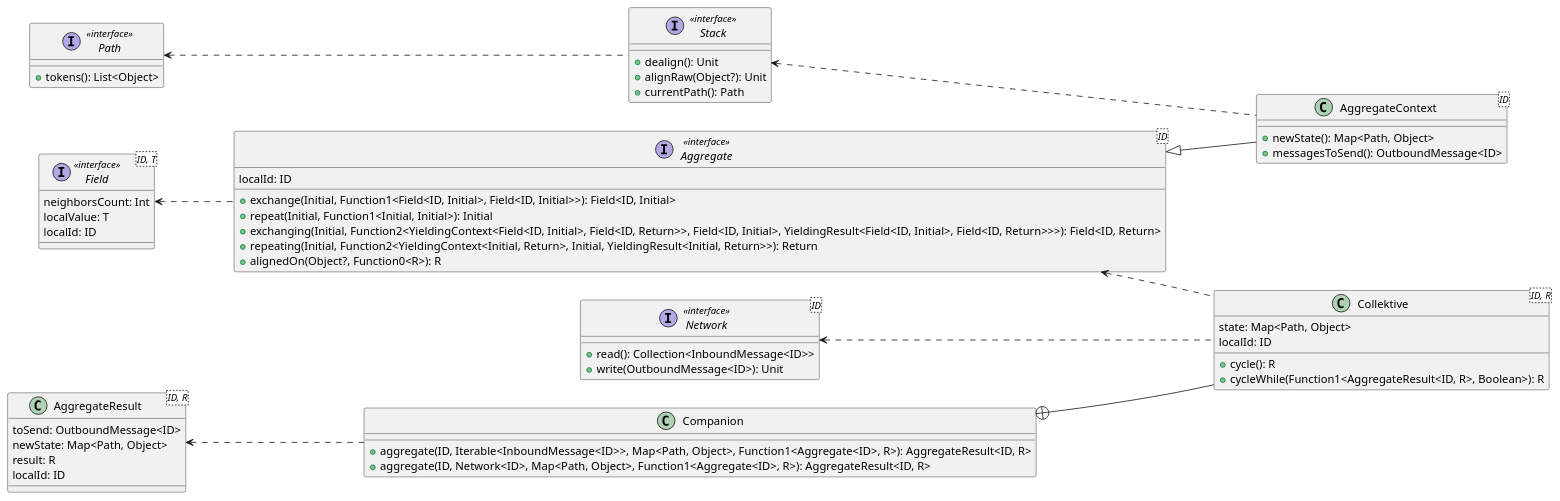
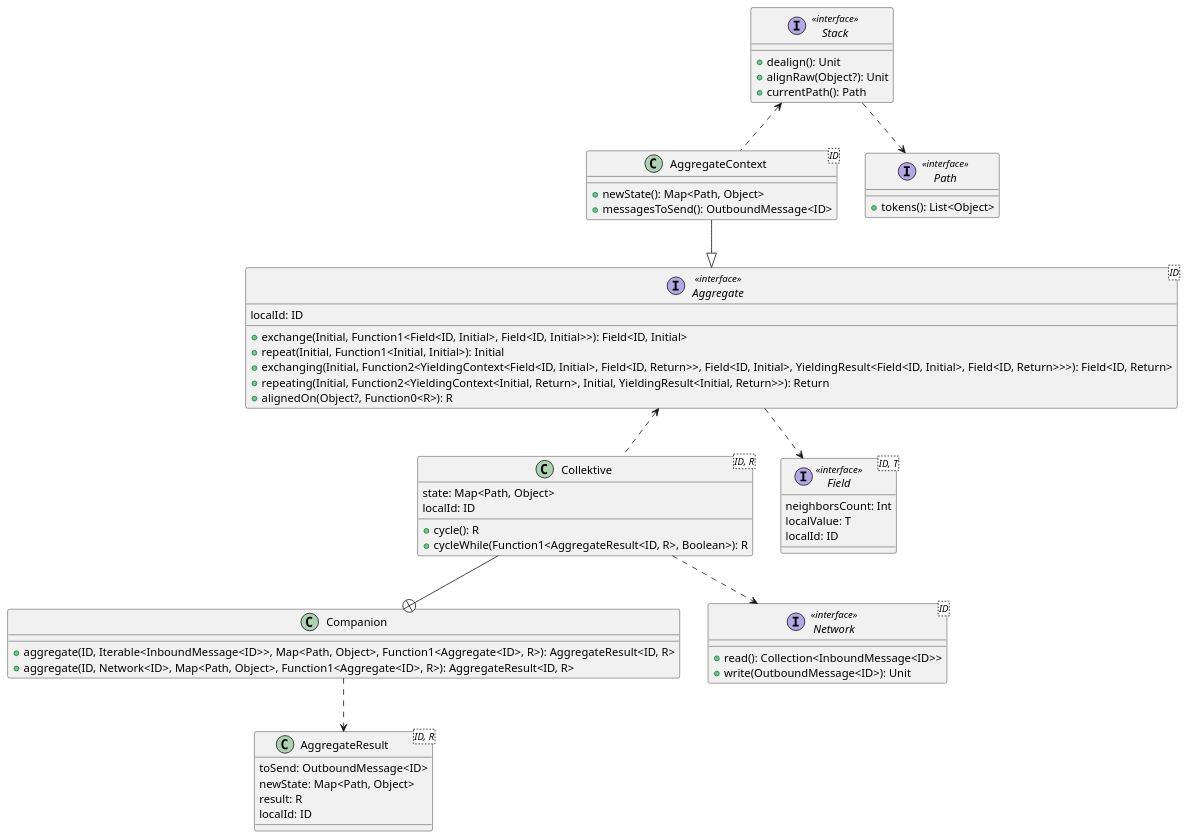
Before and after one commit to FilippoVissani/master-thesis: the diagram in diagrams/collektive-design.puml, drawn with PlantUML. The commit also changed 4 other files, not shown here.

Commit message:
refactor: improve diagrams aspect ratio

```diff
--- a/diagrams/collektive-design.puml
+++ b/diagrams/collektive-design.puml
@@ -1,66 +1,66 @@
 @startuml
-left to right direction
 
 interface Aggregate<ID> << interface >> {
   + exchange(Initial, Function1<Field<ID, Initial>, Field<ID, Initial>>): Field<ID, Initial>
   + repeat(Initial, Function1<Initial, Initial>): Initial
   + exchanging(Initial, Function2<YieldingContext<Field<ID, Initial>, Field<ID, Return>>, Field<ID, Initial>, YieldingResult<Field<ID, Initial>, Field<ID, Return>>>): Field<ID, Return>
   + repeating(Initial, Function2<YieldingContext<Initial, Return>, Initial, YieldingResult<Initial, Return>>): Return
   + alignedOn(Object?, Function0<R>): R
    localId: ID
 }
 
 class AggregateContext<ID> {
   + newState(): Map<Path, Object>
   + messagesToSend(): OutboundMessage<ID>
 }
 
 class AggregateResult<ID, R> {
    toSend: OutboundMessage<ID>
    newState: Map<Path, Object>
    result: R
    localId: ID
 }
 
 class Collektive<ID, R> {
   + cycle(): R
   + cycleWhile(Function1<AggregateResult<ID, R>, Boolean>): R
    state: Map<Path, Object>
    localId: ID
 }
 
 class Companion {
   + aggregate(ID, Iterable<InboundMessage<ID>>, Map<Path, Object>, Function1<Aggregate<ID>, R>): AggregateResult<ID, R>
   + aggregate(ID, Network<ID>, Map<Path, Object>, Function1<Aggregate<ID>, R>): AggregateResult<ID, R>
 }
 
 interface Stack << interface >> {
   + dealign(): Unit
   + alignRaw(Object?): Unit
   + currentPath(): Path
 }
 
 interface Path << interface >> {
   + tokens(): List<Object>
 }
 
 interface Field<ID, T> << interface >> {
    neighborsCount: Int
    localValue: T
    localId: ID
 }
 
 interface Network<ID> << interface >> {
   + read(): Collection<InboundMessage<ID>>
   + write(OutboundMessage<ID>): Unit
 }
 
-Companion  +--  Collektive
-Aggregate <|-- AggregateContext
-AggregateResult <.. Companion
-Field <.. Aggregate
-Aggregate <.. Collektive
-Network <.. Collektive
-Path <.. Stack
-Stack <.. AggregateContext
+Collektive --+ Companion
+AggregateContext --|> Aggregate
+Companion ..> AggregateResult
+Aggregate ..> Field
+Collektive .up.> Aggregate
+Collektive ..> Network
+Stack ..> Path
+AggregateContext .up.> Stack
+
 @enduml
```
